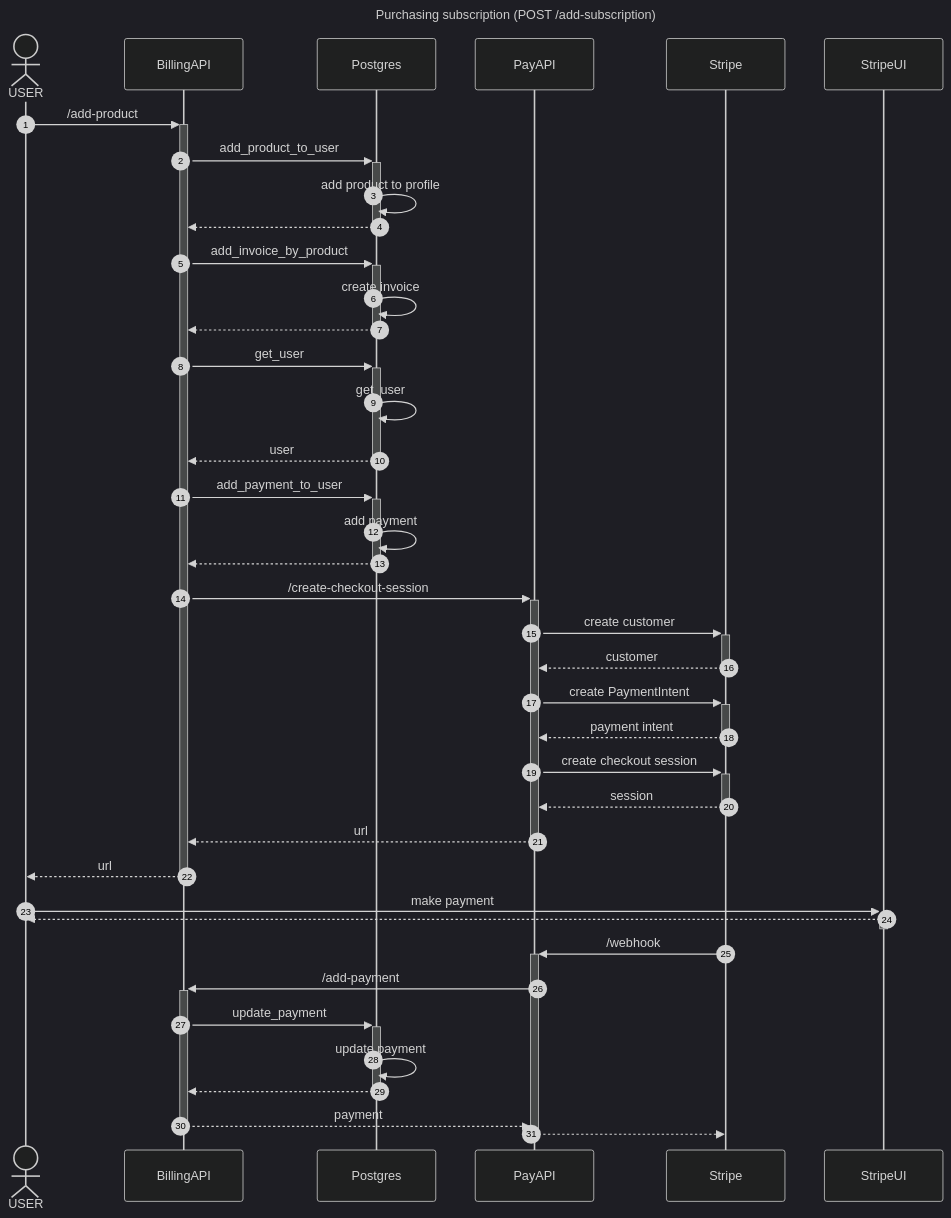
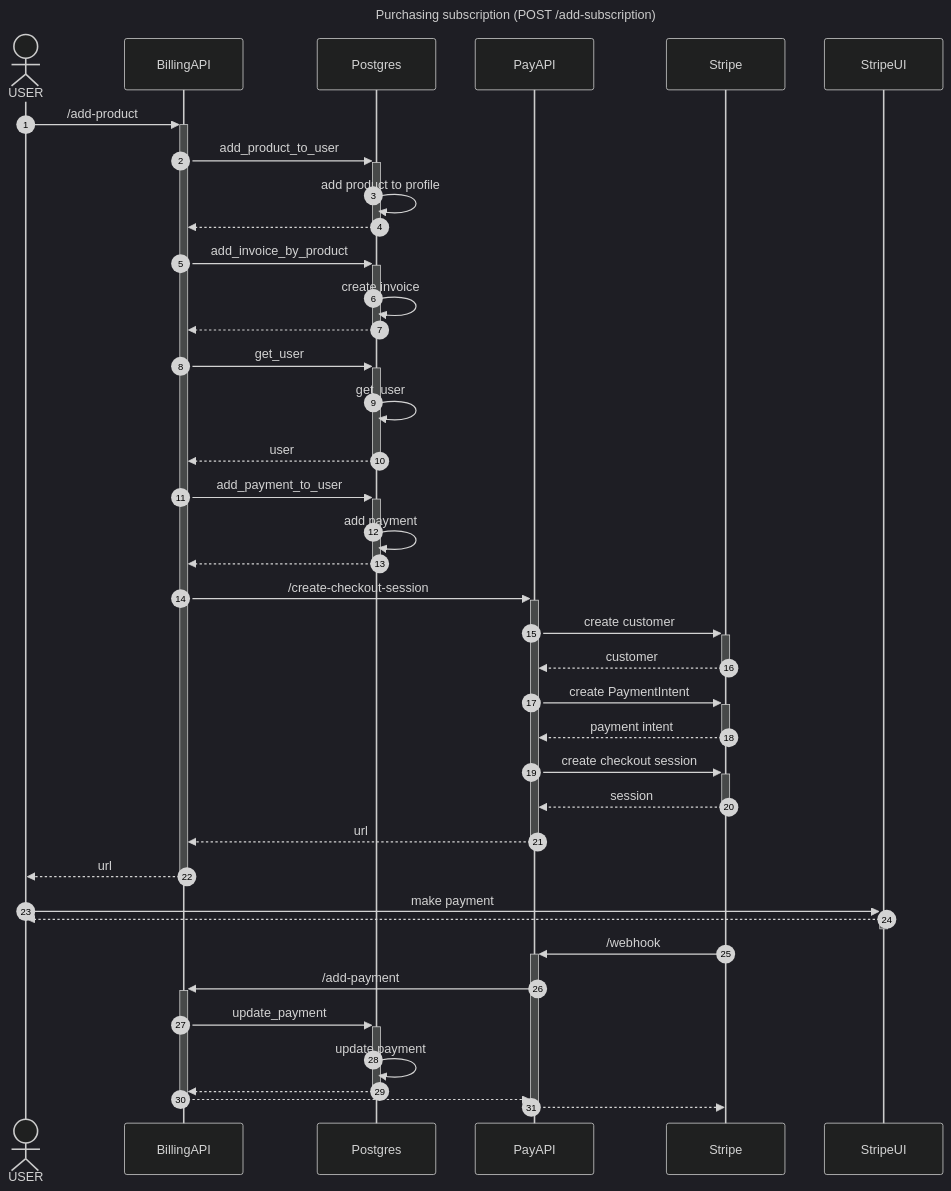
Before and after one commit to fall3nangel/Billing_Stripe: the diagram in architecture/seq-add-subscription.md, drawn with Mermaid (dark theme). The commit also changed 1 other file, not shown here.

Commit message:
upd cancel payment diagram

````diff
--- a/architecture/seq-add-subscription.md
+++ b/architecture/seq-add-subscription.md
@@ -1,44 +1,44 @@
 ```mermaid
 ---
 title: Purchasing subscription (POST /add-subscription)
 ---
 sequenceDiagram
     autonumber
     actor USER
     participant BillingAPI
     participant Postgres
     participant PayAPI
     participant Stripe
     participant StripeUI
     USER->>+BillingAPI: /add-product
     BillingAPI->>+Postgres: add_product_to_user
     Postgres->>Postgres: add product to profile
     Postgres-->>-BillingAPI: 
     BillingAPI->>+Postgres: add_invoice_by_product
     Postgres->>Postgres: create invoice
     Postgres-->>-BillingAPI: 
     BillingAPI->>+Postgres: get_user
     Postgres->>Postgres: get_user
     Postgres-->>-BillingAPI: user 
     BillingAPI->>+Postgres: add_payment_to_user
     Postgres->>Postgres: add payment
     Postgres-->>-BillingAPI: 
     BillingAPI->>+PayAPI: /create-checkout-session
     PayAPI->>+Stripe: create customer
     Stripe-->>-PayAPI: customer
     PayAPI->>+Stripe: create PaymentIntent
     Stripe-->>-PayAPI: payment intent
     PayAPI->>+Stripe: create checkout session
     Stripe-->>-PayAPI: session
     PayAPI-->>-BillingAPI: url
     BillingAPI-->>-USER: url
     USER->>+StripeUI: make payment
     StripeUI-->>-USER: 
     Stripe->>+PayAPI: /webhook
     PayAPI->>+BillingAPI: /add-payment
     BillingAPI->>+Postgres: update_payment
     Postgres->>Postgres: update payment
     Postgres-->>-BillingAPI: 
-    BillingAPI-->>-PayAPI: payment
+    BillingAPI-->>-PayAPI: 
     PayAPI-->>-Stripe: 
 ```
````
